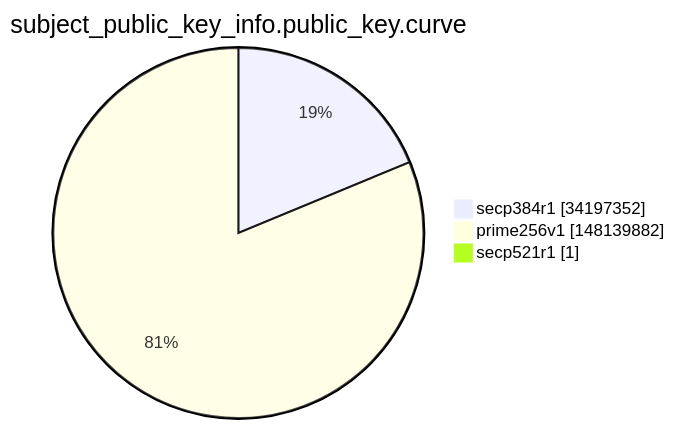
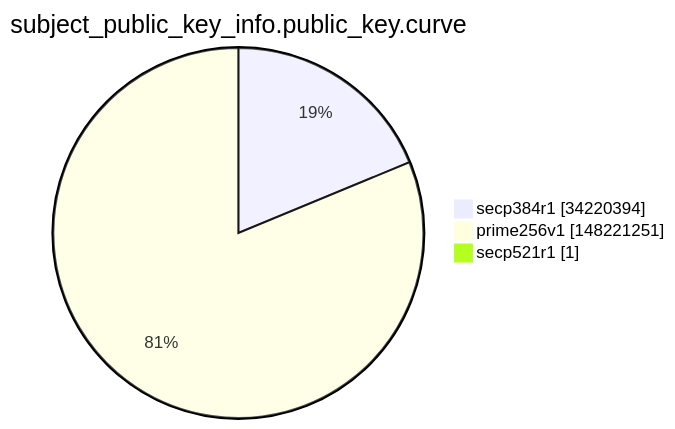
Before and after one commit to christiankrug/ctmonitor_visualization: the ninth of 15 diagrams in argon2022/README.md, drawn with Mermaid. The commit also changed other lines of this file, not shown here.

````diff
--- a/argon2022/README.md
+++ b/argon2022/README.md
@@ -2764,7 +2764,7 @@
 ```mermaid
 pie showData
 title subject_public_key_info.public_key.curve
-"secp384r1" :34197352
-"prime256v1" :148139882
+"secp384r1" :34220394
+"prime256v1" :148221251
 "secp521r1" :1
 ```
````
